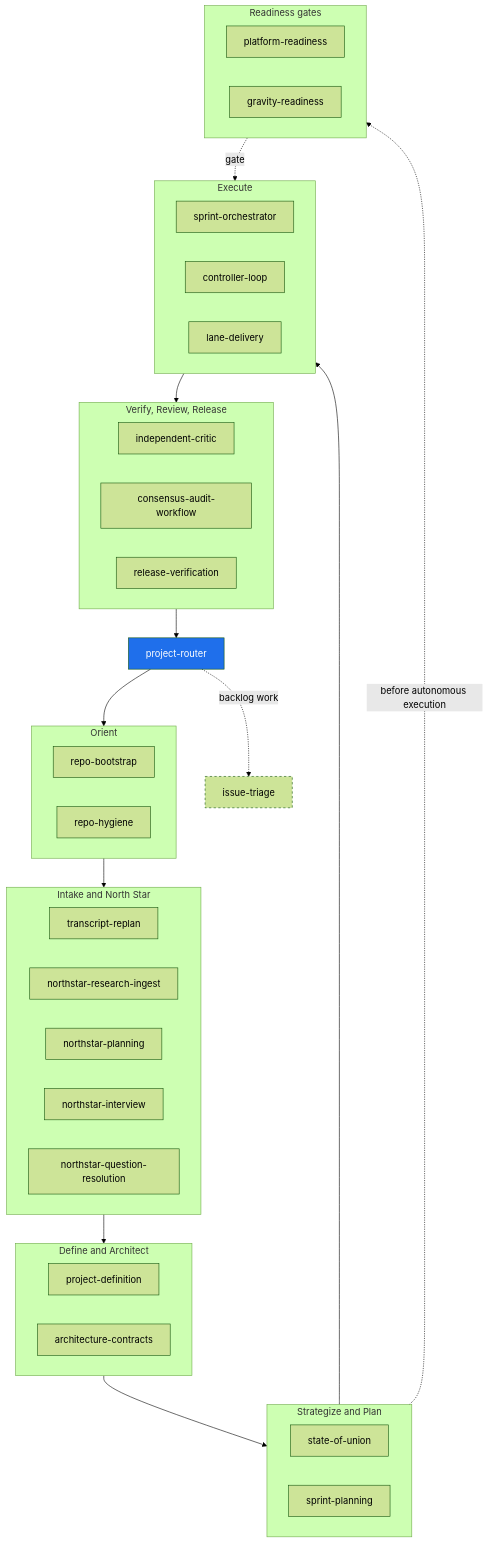
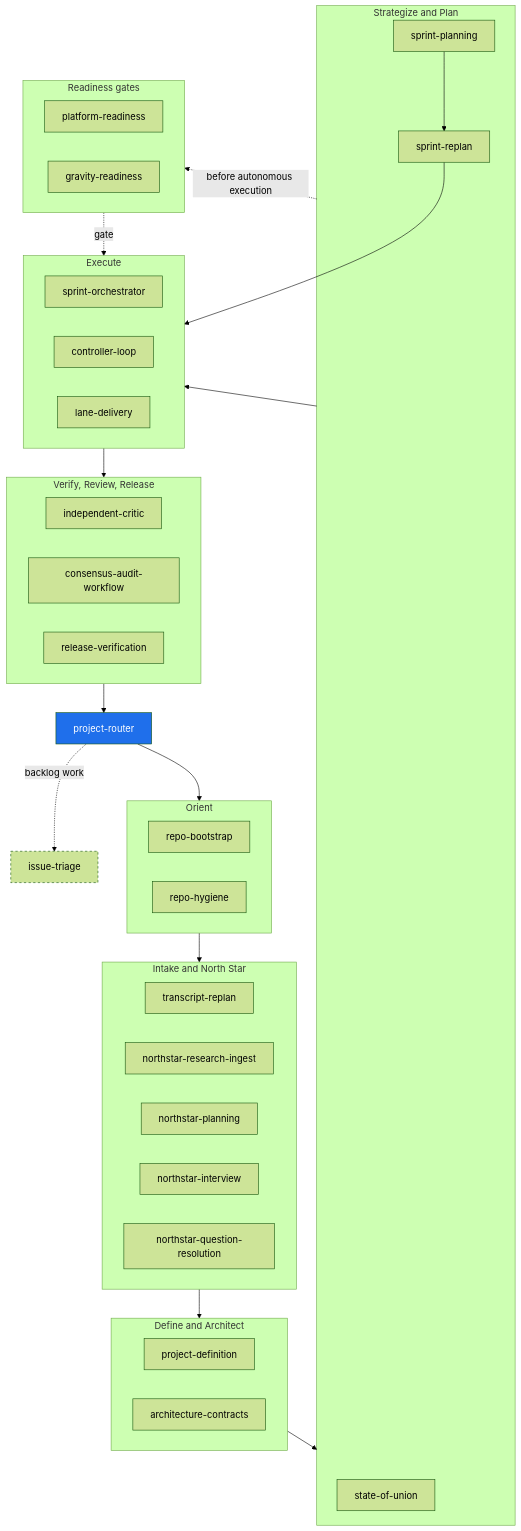
One commit to VerdifyConsultancy/verdify-skills changed the first of 2 diagrams in docs/skills/README.md. Above: the diagram before and after it, drawn with Mermaid (forest theme). The commit also changed other lines of this file and 13 other files, not shown here.

Commit message:
Add sprint-replan skill

````diff
--- a/docs/skills/README.md
+++ b/docs/skills/README.md
@@ -27,46 +27,48 @@
 ```mermaid
 flowchart TD
     R[project-router]:::route
 
     subgraph ORIENT["Orient"]
       RB[repo-bootstrap]
       RH[repo-hygiene]
     end
     subgraph NS["Intake and North Star"]
       TR[transcript-replan]
       RI[northstar-research-ingest]
       NP[northstar-planning]
       NI[northstar-interview]
       NQ[northstar-question-resolution]
     end
     subgraph DEF["Define and Architect"]
       PD[project-definition]
       AC[architecture-contracts]
     end
     subgraph PLAN["Strategize and Plan"]
       SU[state-of-union]
       SP[sprint-planning]
+      SR[sprint-replan]
     end
     subgraph EXEC["Execute"]
       SO[sprint-orchestrator]
       CL[controller-loop]
       LD[lane-delivery]
     end
     subgraph VERIFY["Verify, Review, Release"]
       IC[independent-critic]
       CA[consensus-audit-workflow]
       RV[release-verification]
     end
     subgraph GATES["Readiness gates"]
       PR[platform-readiness]
       GR[gravity-readiness]
     end
 
     R --> ORIENT --> NS --> DEF --> PLAN --> EXEC --> VERIFY --> R
+    SP --> SR --> EXEC
     PLAN -. before autonomous execution .-> GATES
     GATES -. gate .-> EXEC
     R -. backlog work .-> IT[issue-triage]:::standalone
 
     classDef route fill:#1f6feb,color:#fff;
     classDef standalone stroke-dasharray: 4 4;
 ```
````
